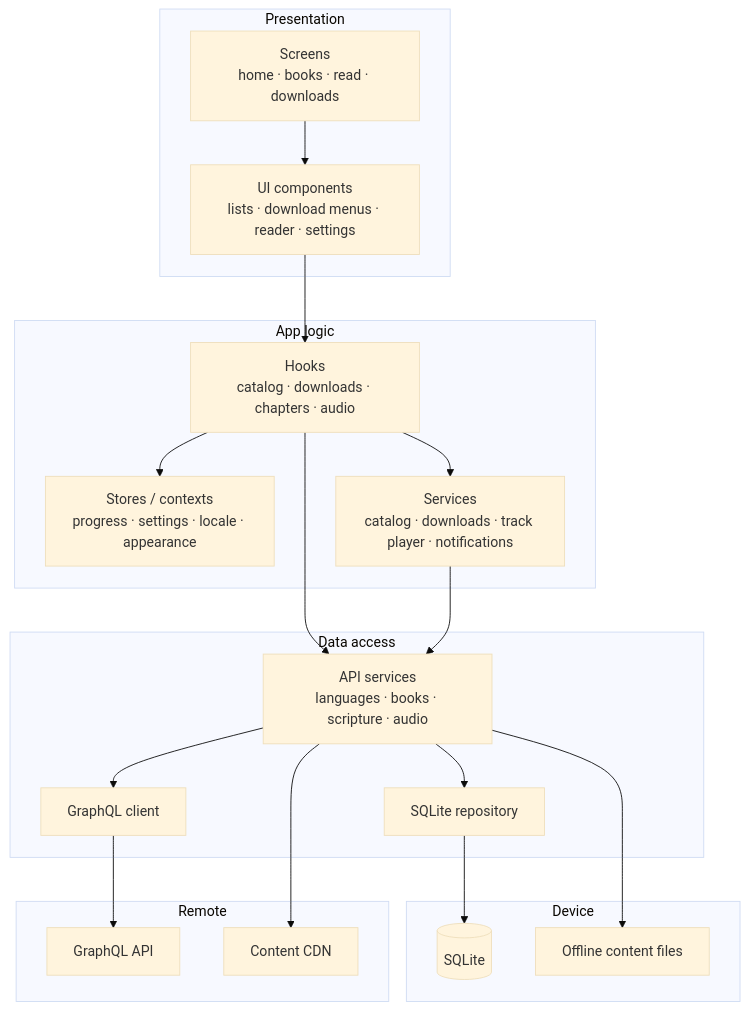
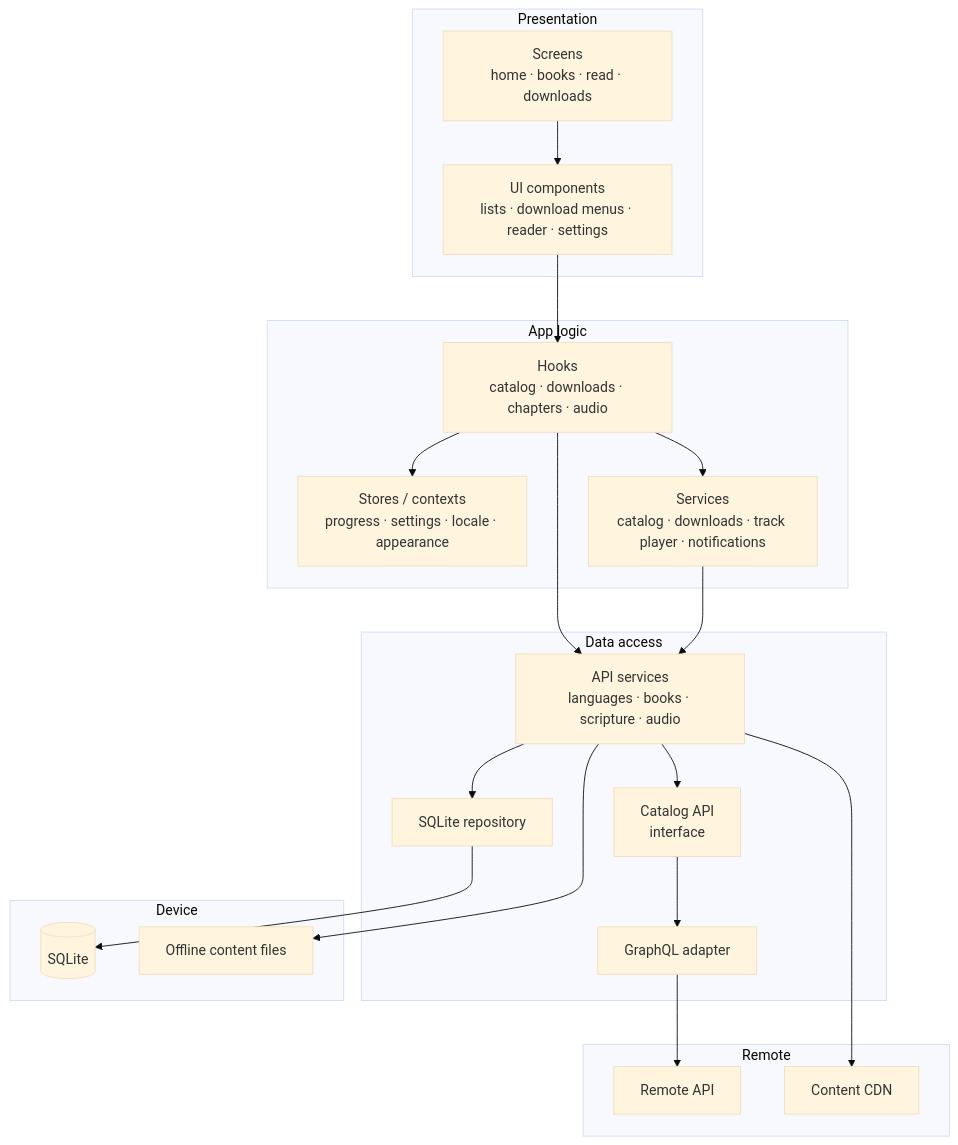
One commit to Bible-Translation-Tools/BIEL-mobile-app changed the first of 3 diagrams in docs/architecture-design.md. Above: the diagram before and after it, drawn with Mermaid (base theme). The commit also changed other lines of this file and 13 other files, not shown here.

Commit message:
decouple graphql api from service

````diff
--- a/docs/architecture-design.md
+++ b/docs/architecture-design.md
@@ -9,42 +9,44 @@
 ```mermaid
 flowchart TB
   subgraph presentation [Presentation]
     Screens["Screens<br/>home · books · read · downloads"]
     UI["UI components<br/>lists · download menus · reader · settings"]
   end
 
   subgraph appLogic [App logic]
     Hooks["Hooks<br/>catalog · downloads · chapters · audio"]
     Stores["Stores / contexts<br/>progress · settings · locale · appearance"]
     Services["Services<br/>catalog · downloads · track player · notifications"]
   end
 
   subgraph data [Data access]
     Api["API services<br/>languages · books · scripture · audio"]
-    GraphQL["GraphQL client"]
+    Catalog["Catalog API<br/>interface"]
+    GraphQL["GraphQL adapter"]
     Db["SQLite repository"]
   end
 
   subgraph device [Device]
     SQLite[(SQLite)]
     Files[Offline content files]
   end
 
   subgraph remote [Remote]
-    API[GraphQL API]
+    API[Remote API]
     CDN[Content CDN]
   end
 
   Screens --> UI
   UI --> Hooks
   Hooks --> Stores
   Hooks --> Services
   Hooks --> Api
   Services --> Api
-  Api --> GraphQL
+  Api --> Catalog
+  Catalog --> GraphQL
   Api --> Db
   GraphQL --> API
   Api --> CDN
   Db --> SQLite
   Api --> Files
 ```
````
